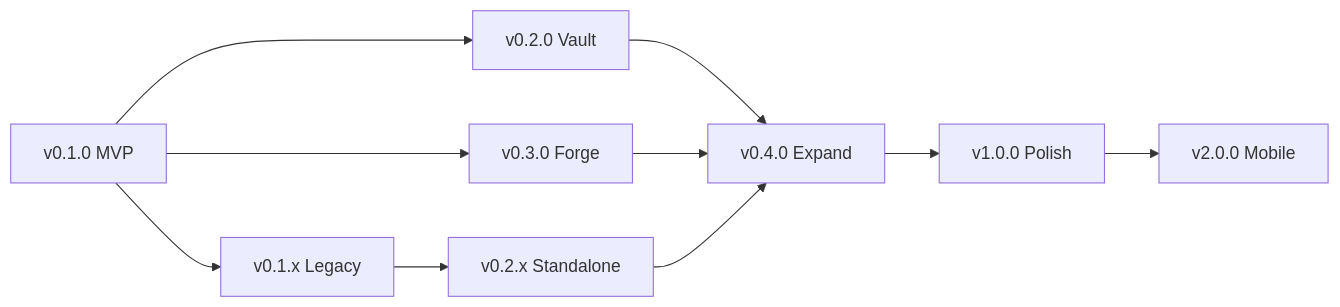
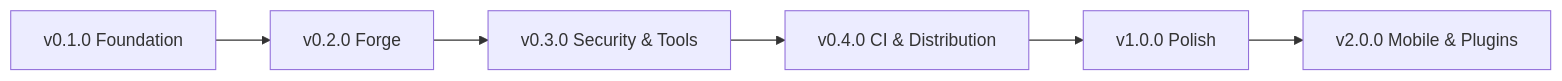
Before and after one commit to marcelofrau/arcana: the second of 2 diagrams in docs/ROADMAP.md, drawn with Mermaid. The commit also changed other lines of this file and 19 other files, not shown here.

Commit message:
docs: rewrite full documentation suite (architecture, specs, roadmap, API, security, README)

````diff
--- a/docs/ROADMAP.md
+++ b/docs/ROADMAP.md
@@ -118,12 +90,8 @@
 ```mermaid
 flowchart LR
-    A[v0.1.0 MVP] --> B[v0.1.x Legacy]
-    A --> C[v0.2.0 Vault]
-    B --> D[v0.2.x Standalone]
-    A --> E[v0.3.0 Forge]
-    C --> F[v0.4.0 Expand]
-    E --> F
-    D --> F
-    F --> G[v1.0.0 Polish]
-    G --> H[v2.0.0 Mobile]
+    A[v0.1.0 Foundation] --> B[v0.2.0 Forge]
+    B --> C[v0.3.0 Security & Tools]
+    C --> D[v0.4.0 CI & Distribution]
+    D --> E[v1.0.0 Polish]
+    E --> F[v2.0.0 Mobile & Plugins]
 ```
````
